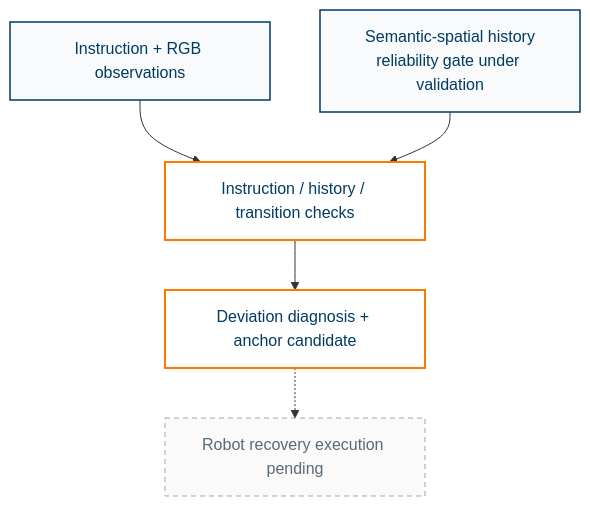
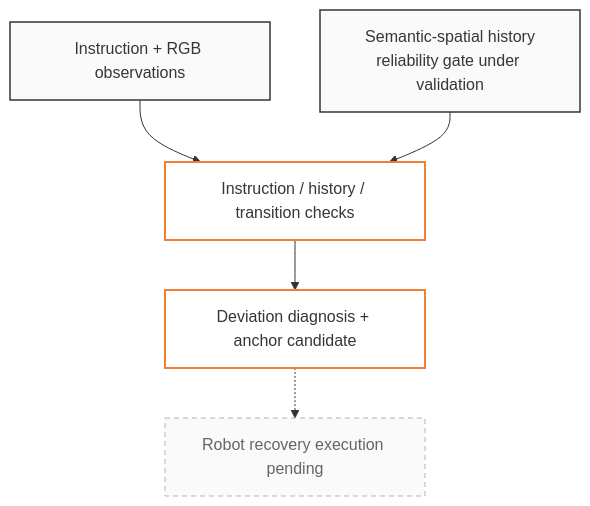
One commit to lijinghai/lijinghai.github.io changed the diagram in RabbitRobotNav/paper-method-v12.mmd. Above: the diagram before and after it, drawn with Mermaid. The commit also changed 8 other files, not shown here.

```diff
--- a/RabbitRobotNav/paper-method-v12.mmd
+++ b/RabbitRobotNav/paper-method-v12.mmd
@@ -1,11 +1,11 @@
 flowchart TB
     I["Instruction + RGB observations"] --> D["Instruction / history / transition checks"]
     H["Semantic-spatial history<br/>reliability gate under validation"] --> D
     D --> A["Deviation diagnosis + anchor candidate"]
     A -.-> E["Robot recovery execution pending"]
-    classDef input fill:#f8fafb,stroke:#003b61,color:#003b61,stroke-width:1.5px;
-    classDef core fill:#ffffff,stroke:#ff7900,color:#003b61,stroke-width:2px;
-    classDef pending fill:#fafafa,stroke:#9ba9b2,color:#596a77,stroke-dasharray:5 4;
+    classDef input fill:#fafafa,stroke:#363636,color:#363636,stroke-width:1.5px;
+    classDef core fill:#ffffff,stroke:#ee8234,color:#363636,stroke-width:2px;
+    classDef pending fill:#fafafa,stroke:#b5b5b5,color:#666666,stroke-dasharray:5 4;
     class I,H input;
     class D,A core;
     class E pending;
```
